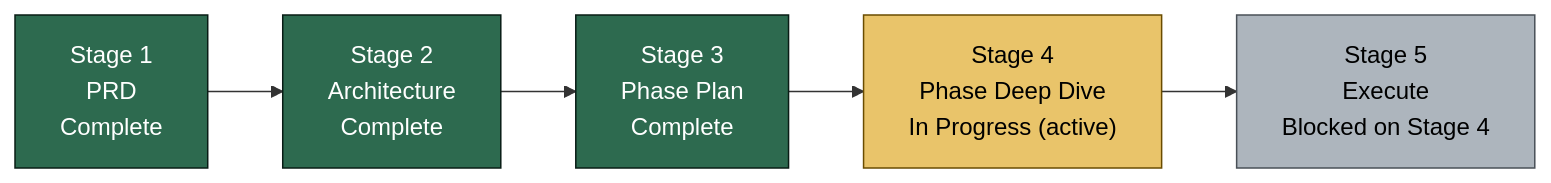
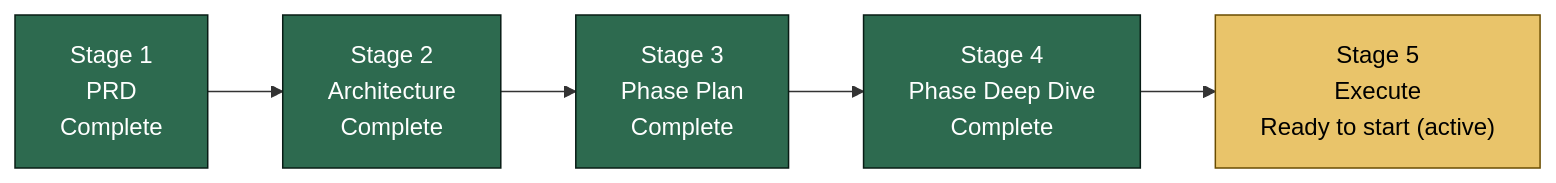
The first of 4 diagrams in docs/bef/PROJECT_STATE_VISUAL.md (Mar5929/Salesforce-Consulting-SDLC-App), drawn with Mermaid before and after one commit. The commit also changed other lines of this file and 6 other files, not shown here.

First line of the commit message:
deep-dive(phase-06): re-dive; split into 6a (five-layer KB) + 6b (Org Health)

````diff
--- a/docs/bef/PROJECT_STATE_VISUAL.md
+++ b/docs/bef/PROJECT_STATE_VISUAL.md
@@ -11,14 +11,14 @@
 ```mermaid
 flowchart LR
     S1["Stage 1<br/>PRD<br/>Complete"]:::done
     S2["Stage 2<br/>Architecture<br/>Complete"]:::done
     S3["Stage 3<br/>Phase Plan<br/>Complete"]:::done
-    S4["Stage 4<br/>Phase Deep Dive<br/>In Progress (active)"]:::active
-    S5["Stage 5<br/>Execute<br/>Blocked on Stage 4"]:::blocked
+    S4["Stage 4<br/>Phase Deep Dive<br/>Complete"]:::done
+    S5["Stage 5<br/>Execute<br/>Ready to start (active)"]:::active
 
     S1 --> S2 --> S3 --> S4 --> S5
 
     classDef done fill:#2d6a4f,stroke:#081c15,color:#fff
     classDef active fill:#e9c46a,stroke:#6a4c00,color:#000
     classDef blocked fill:#adb5bd,stroke:#495057,color:#000
 ```
````
